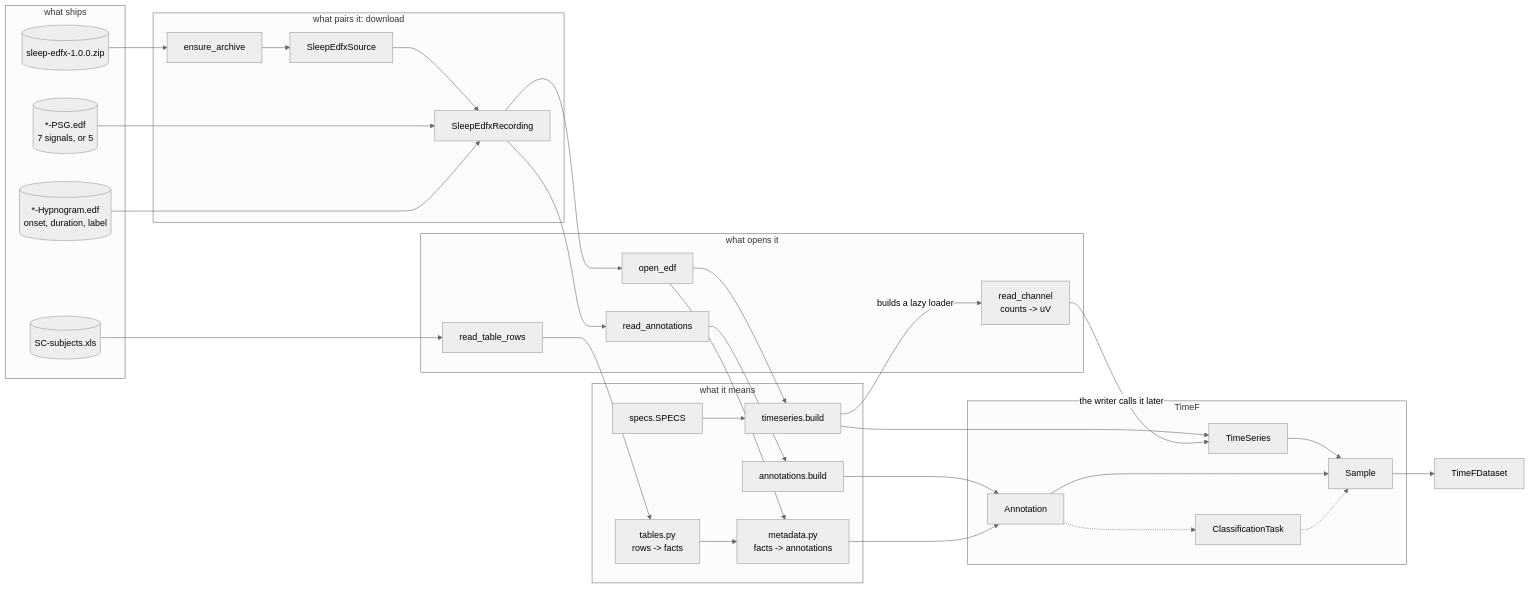
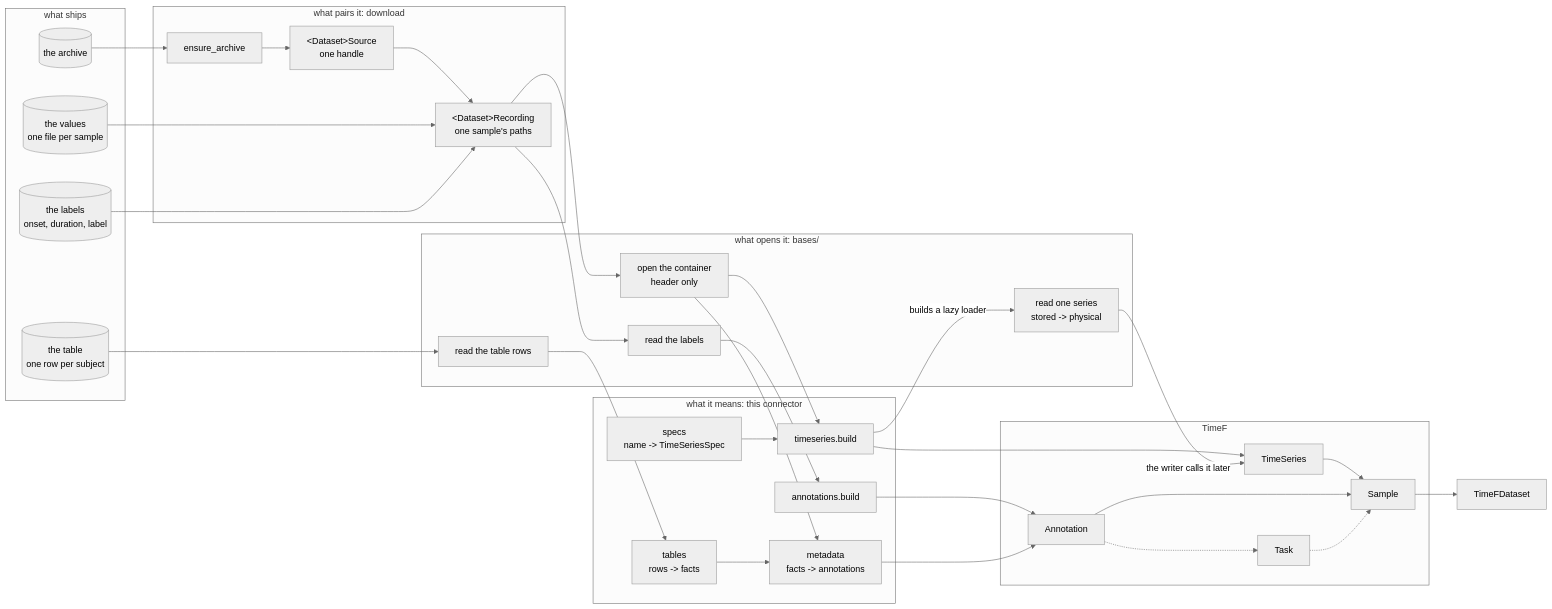
The diagram in .agents/skills/add-dataset-connector/references/discovery.md (OpenTSLM/TimeNet), drawn with Mermaid (neutral theme) before and after one commit. The commit also changed other lines of this file and 3 other files, not shown here.

````diff
--- a/.agents/skills/add-dataset-connector/references/discovery.md
+++ b/.agents/skills/add-dataset-connector/references/discovery.md
@@ -162,51 +178,51 @@
 ```mermaid
 flowchart LR
     subgraph src["what ships"]
-        zip[("sleep-edfx-1.0.0.zip")]
-        psg[("*-PSG.edf<br/>7 signals, or 5")]
-        hyp[("*-Hypnogram.edf<br/>onset, duration, label")]
-        tbl[("SC-subjects.xls")]
+        arch[("the archive")]
+        val[("the values<br/>one file per sample")]
+        lab[("the labels<br/>onset, duration, label")]
+        tbl[("the table<br/>one row per subject")]
     end
     subgraph pair["what pairs it: download"]
-        arc["ensure_archive"]
-        hnd["SleepEdfxSource"]
-        rec["SleepEdfxRecording"]
+        ens["ensure_archive"]
+        hnd["&lt;Dataset&gt;Source<br/>one handle"]
+        ref["&lt;Dataset&gt;Recording<br/>one sample's paths"]
     end
-    subgraph read["what opens it"]
-        edf["open_edf"]
-        chn["read_channel<br/>counts -> uV"]
-        anr["read_annotations"]
-        row["read_table_rows"]
+    subgraph read["what opens it: bases/"]
+        opn["open the container<br/>header only"]
+        vals["read one series<br/>stored -> physical"]
+        anr["read the labels"]
+        row["read the table rows"]
     end
-    subgraph mean["what it means"]
-        spc["specs.SPECS"]
+    subgraph mean["what it means: this connector"]
+        spc["specs<br/>name -> TimeSeriesSpec"]
         bld["timeseries.build"]
         stg["annotations.build"]
-        tab["tables.py<br/>rows -> facts"]
-        met["metadata.py<br/>facts -> annotations"]
+        tab["tables<br/>rows -> facts"]
+        met["metadata<br/>facts -> annotations"]
     end
     subgraph out["TimeF"]
         ts["TimeSeries"]
         ann["Annotation"]
-        tsk["ClassificationTask"]
+        tsk["Task"]
         smp["Sample"]
     end
-    zip --> arc --> hnd --> rec
-    psg --> rec
-    hyp --> rec
-    rec --> edf
-    rec --> anr
-    edf --> bld
+    arch --> ens --> hnd --> ref
+    val --> ref
+    lab --> ref
+    ref --> opn
+    ref --> anr
+    opn --> bld
     spc --> bld
     bld --> ts
-    bld -->|"builds a lazy loader"| chn
-    chn -->|"the writer calls it later"| ts
+    bld -->|"builds a lazy loader"| vals
+    vals -->|"the writer calls it later"| ts
     anr --> stg --> ann
     tbl --> row --> tab --> met
-    edf --> met
+    opn --> met
     met --> ann
     ts --> smp
     ann --> smp
     ann -.-> tsk -.-> smp
     smp --> ds["TimeFDataset"]
 ```
````
